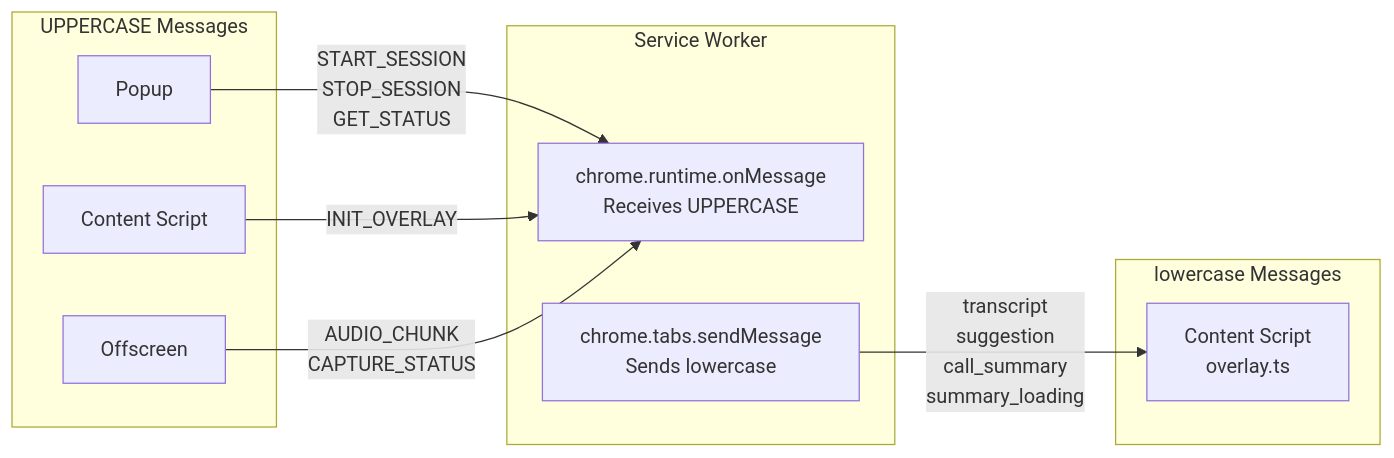
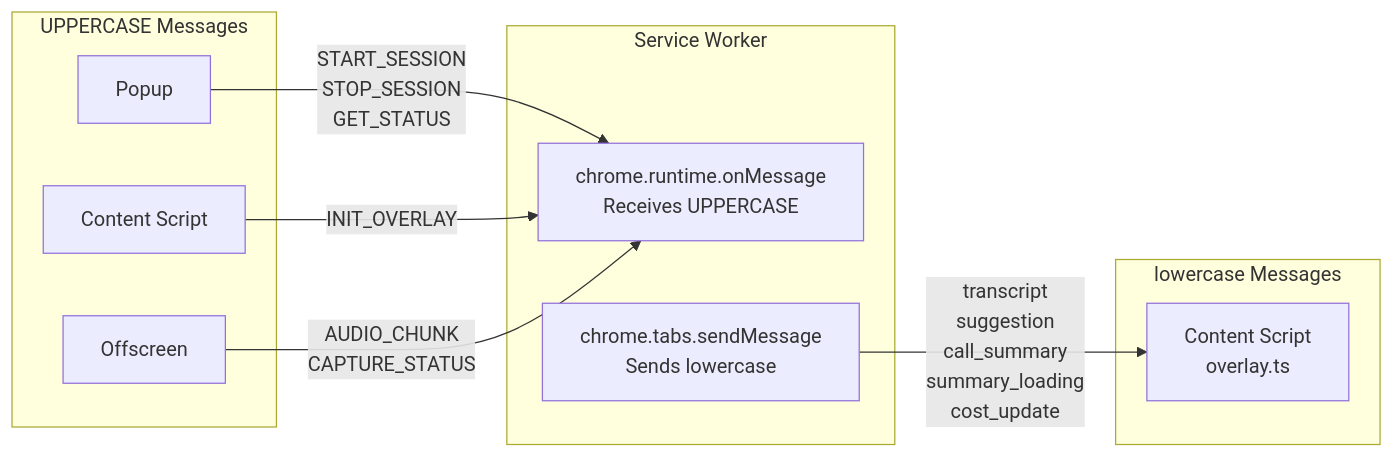
Before and after one commit to AntoineDubuc/wingman-ai: the second of 4 diagrams in docs/diagrams/ARCHITECTURE.md, drawn with Mermaid. The commit also changed other lines of this file and 10 other files, not shown here.

````diff
--- a/docs/diagrams/ARCHITECTURE.md
+++ b/docs/diagrams/ARCHITECTURE.md
@@ -84,24 +95,24 @@
 ```mermaid
 graph LR
     subgraph "UPPERCASE Messages"
         Popup1[Popup]
         Content1[Content Script]
         Offscreen1[Offscreen]
     end
 
     subgraph "Service Worker"
         SW1[chrome.runtime.onMessage<br/>Receives UPPERCASE]
         SW2[chrome.tabs.sendMessage<br/>Sends lowercase]
     end
 
     subgraph "lowercase Messages"
         Content2[Content Script<br/>overlay.ts]
     end
 
     Popup1 -->|START_SESSION<br/>STOP_SESSION<br/>GET_STATUS| SW1
     Content1 -->|INIT_OVERLAY| SW1
     Offscreen1 -->|AUDIO_CHUNK<br/>CAPTURE_STATUS| SW1
 
-    SW2 -->|transcript<br/>suggestion<br/>call_summary<br/>summary_loading| Content2
+    SW2 -->|transcript<br/>suggestion<br/>call_summary<br/>summary_loading<br/>cost_update| Content2
 
 ```
````
